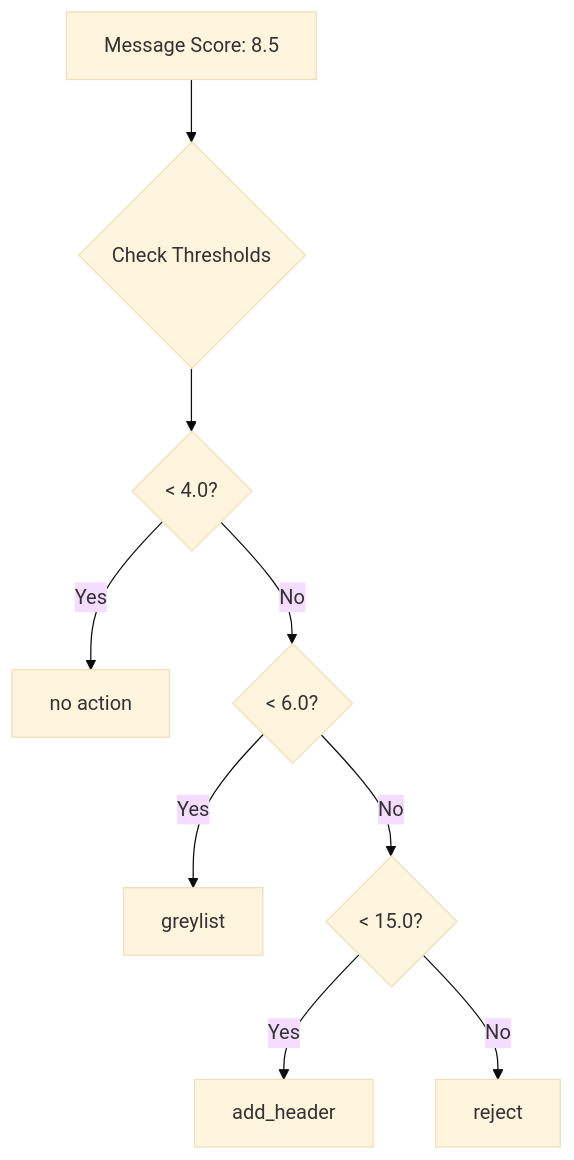
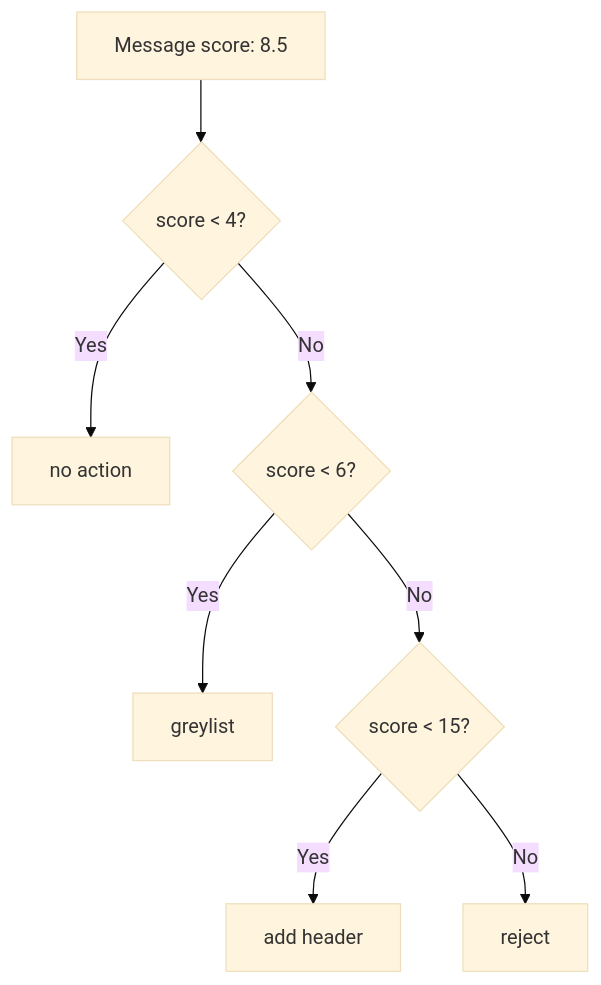
The diagram in docs/guides/configuration/fundamentals.md (rspamd/docs.rspamd.com), drawn with Mermaid (base theme) before and after one commit. The commit also changed other lines of this file and 5 other files, not shown here.

````diff
--- a/docs/guides/configuration/fundamentals.md
+++ b/docs/guides/configuration/fundamentals.md
@@ -224,11 +203,10 @@
 ```mermaid
 graph TB
-    A[Message Score: 8.5] --> B{Check Thresholds}
-    B --> C{< 4.0?}
+    A[Message score: 8.5] --> C{score < 4?}
     C -->|Yes| D[no action]
-    C -->|No| E{< 6.0?}
-    E -->|Yes| F[greylist] 
-    E -->|No| G{< 15.0?}
-    G -->|Yes| H[add_header]
+    C -->|No| E{score < 6?}
+    E -->|Yes| F[greylist]
+    E -->|No| G{score < 15?}
+    G -->|Yes| H[add header]
     G -->|No| I[reject]
 ```
````
